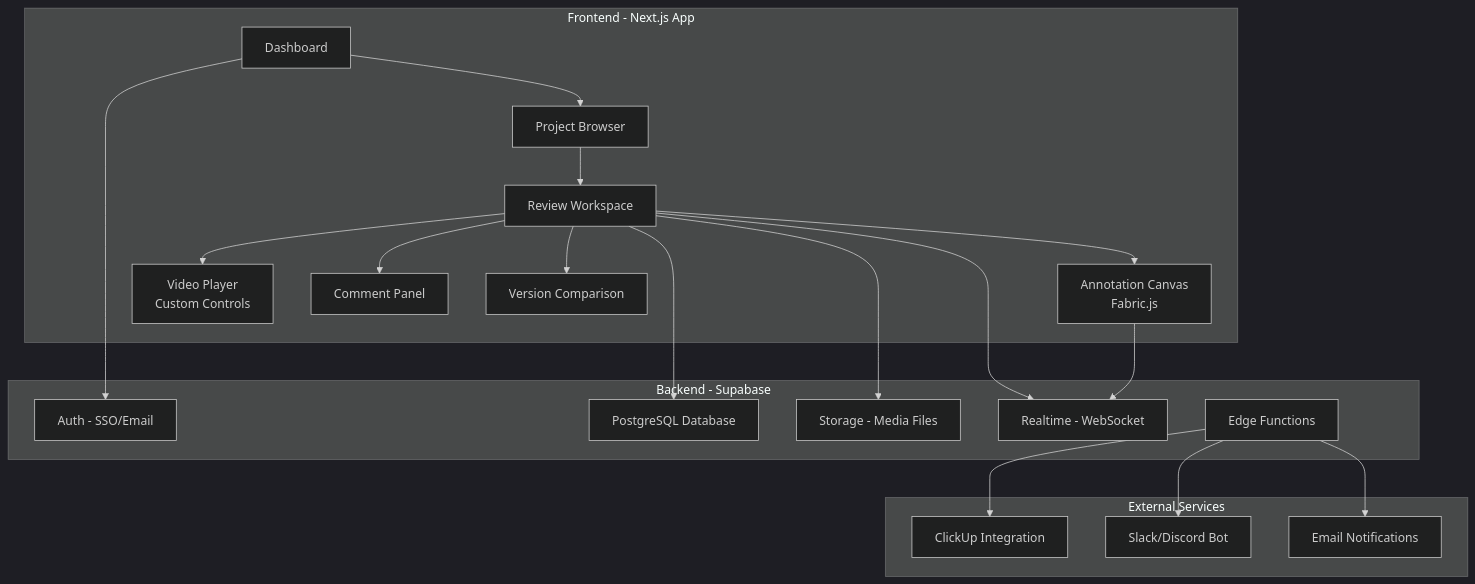
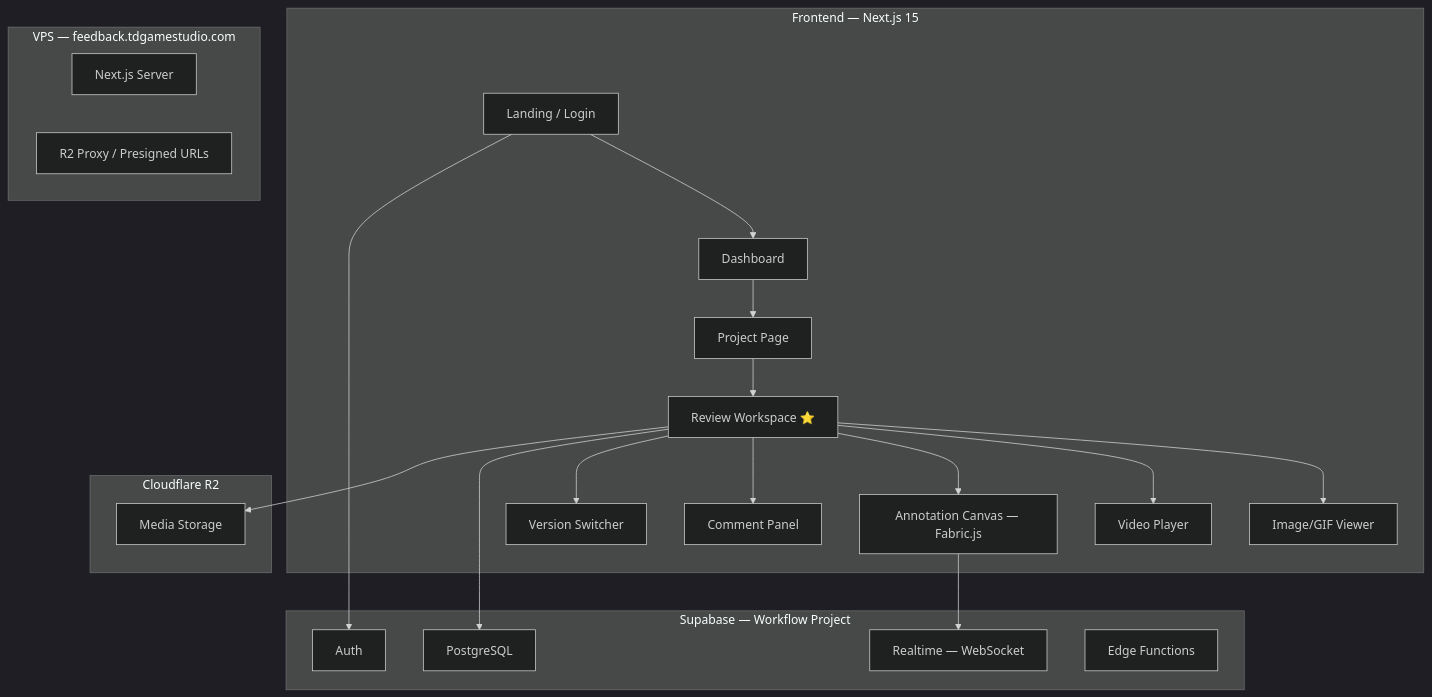
One commit to tuthan1874/antigravity_sync changed the diagram in brain/ffa33b93-54ce-4c54-9f8c-e1f7d85e6ba5/implementation_plan.md. Above: the diagram before and after it, drawn with Mermaid (dark theme). The commit also changed other lines of this file and 6 other files, not shown here.

````diff
--- a/brain/ffa33b93-54ce-4c54-9f8c-e1f7d85e6ba5/implementation_plan.md
+++ b/brain/ffa33b93-54ce-4c54-9f8c-e1f7d85e6ba5/implementation_plan.md
@@ -27,34 +19,34 @@
 ```mermaid
 graph TB
-    subgraph "Frontend - Next.js App"
-        A[Dashboard] --> B[Project Browser]
-        B --> C[Review Workspace]
-        C --> D[Annotation Canvas<br/>Fabric.js]
-        C --> E[Video Player<br/>Custom Controls]
-        C --> F[Comment Panel]
-        C --> G[Version Comparison]
+    subgraph "Frontend — Next.js 15"
+        A[Landing / Login] --> B[Dashboard]
+        B --> C[Project Page]
+        C --> D["Review Workspace ⭐"]
+        D --> D1[Image/GIF Viewer]
+        D --> D2[Video Player]
+        D --> D3[Annotation Canvas — Fabric.js]
+        D --> D4[Comment Panel]
+        D --> D5[Version Switcher]
     end
 
-    subgraph "Backend - Supabase"
-        H[Auth - SSO/Email]
-        I[PostgreSQL Database]
-        J[Storage - Media Files]
-        K[Realtime - WebSocket]
-        L[Edge Functions]
+    subgraph "Supabase — Workflow Project"
+        E[Auth]
+        F[PostgreSQL]
+        G[Realtime — WebSocket]
+        H[Edge Functions]
     end
 
-    subgraph "External Services"
-        M[ClickUp Integration]
-        N[Slack/Discord Bot]
-        O[Email Notifications]
+    subgraph "Cloudflare R2"
+        I[Media Storage]
     end
 
-    A --> H
-    C --> I
-    C --> J
-    C --> K
-    D --> K
-    L --> M
-    L --> N
-    L --> O
+    subgraph "VPS — feedback.tdgamestudio.com"
+        J[Next.js Server]
+        K[R2 Proxy / Presigned URLs]
+    end
+
+    D --> F
+    D3 --> G
+    D --> I
+    A --> E
 ```
````
